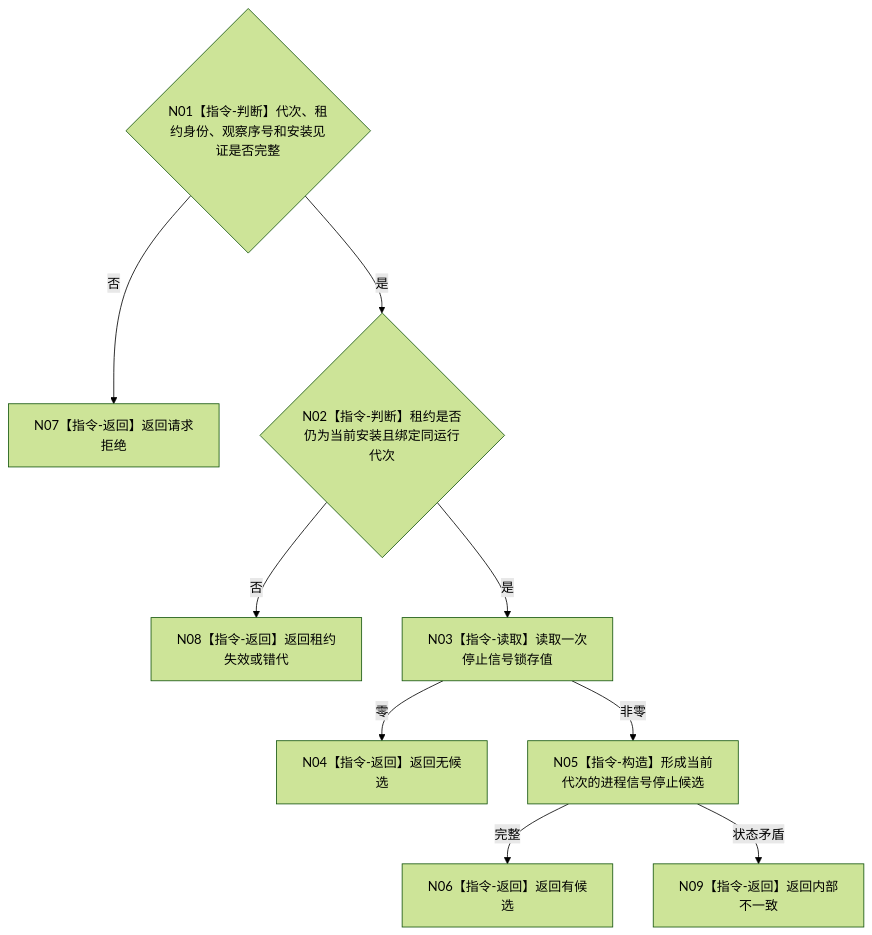
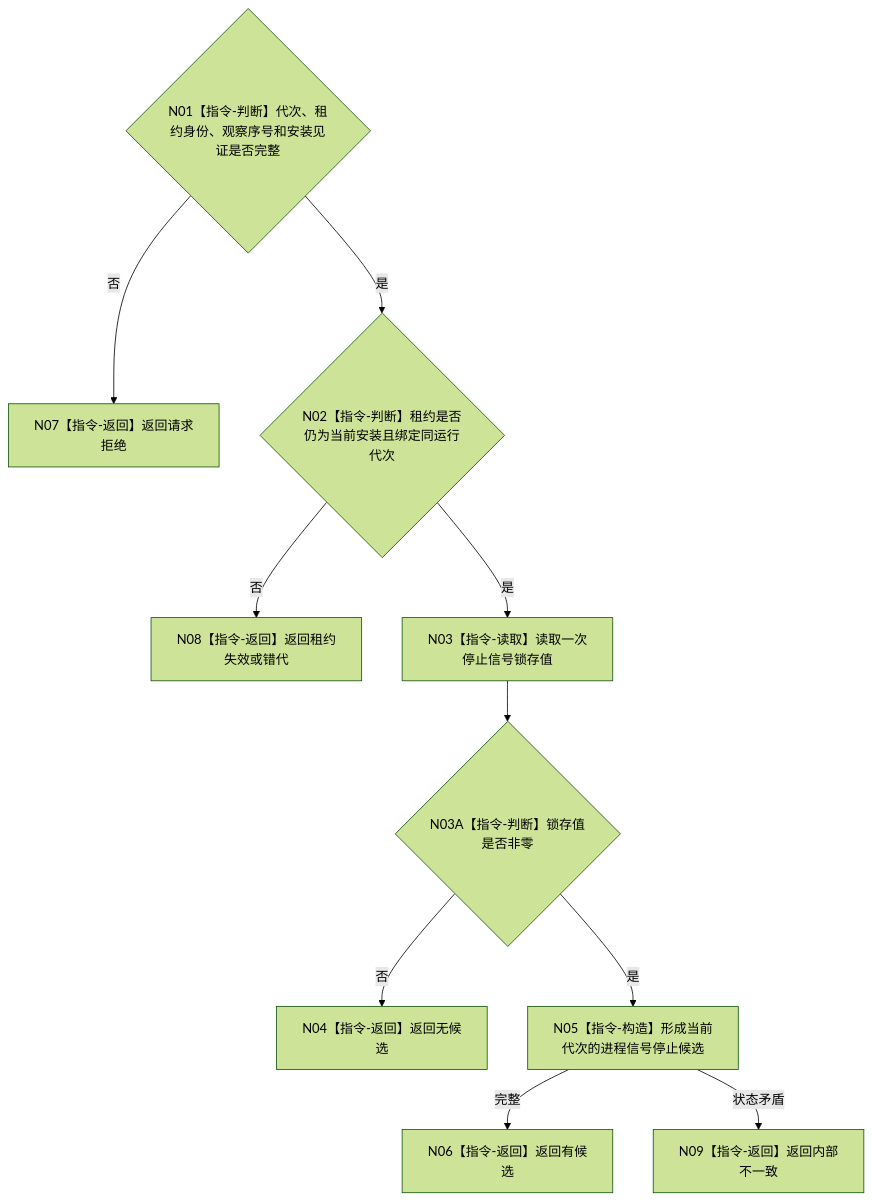
One commit to chunhaizh-cyber/HY-Ego changed the diagram in 流程图/目标业务流程图/L4/BIZ-L4-001-10-01-01_读取进程停止信号候选_目标函数流程图_v0.1.md. Above: the diagram before and after it, drawn with Mermaid (forest theme). The commit also changed other lines of this file and 13 other files, not shown here.

````diff
--- a/流程图/目标业务流程图/L4/BIZ-L4-001-10-01-01_读取进程停止信号候选_目标函数流程图_v0.1.md
+++ b/流程图/目标业务流程图/L4/BIZ-L4-001-10-01-01_读取进程停止信号候选_目标函数流程图_v0.1.md
@@ -30,11 +30,12 @@
 ```mermaid
 flowchart TD
  N01{"N01【指令-判断】代次、租约身份、观察序号和安装见证是否完整"} -->|否| N07["N07【指令-返回】返回请求拒绝"]
  N01 -->|是| N02{"N02【指令-判断】租约是否仍为当前安装且绑定同运行代次"}
  N02 -->|否| N08["N08【指令-返回】返回租约失效或错代"]
  N02 -->|是| N03["N03【指令-读取】读取一次停止信号锁存值"]
- N03 -->|零| N04["N04【指令-返回】返回无候选"]
- N03 -->|非零| N05["N05【指令-构造】形成当前代次的进程信号停止候选"]
+ N03 --> N03A{"N03A【指令-判断】锁存值是否非零"}
+ N03A -->|否| N04["N04【指令-返回】返回无候选"]
+ N03A -->|是| N05["N05【指令-构造】形成当前代次的进程信号停止候选"]
  N05 -->|完整| N06["N06【指令-返回】返回有候选"]
  N05 -->|状态矛盾| N09["N09【指令-返回】返回内部不一致"]
 ```
````
